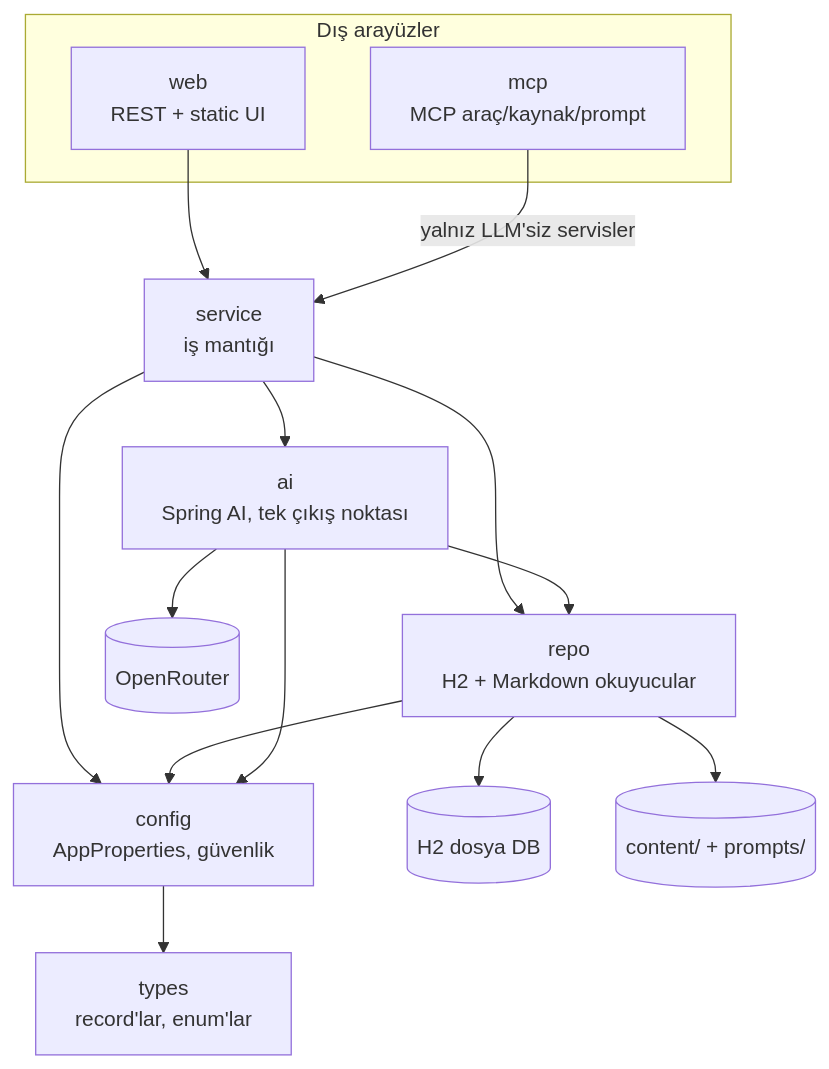
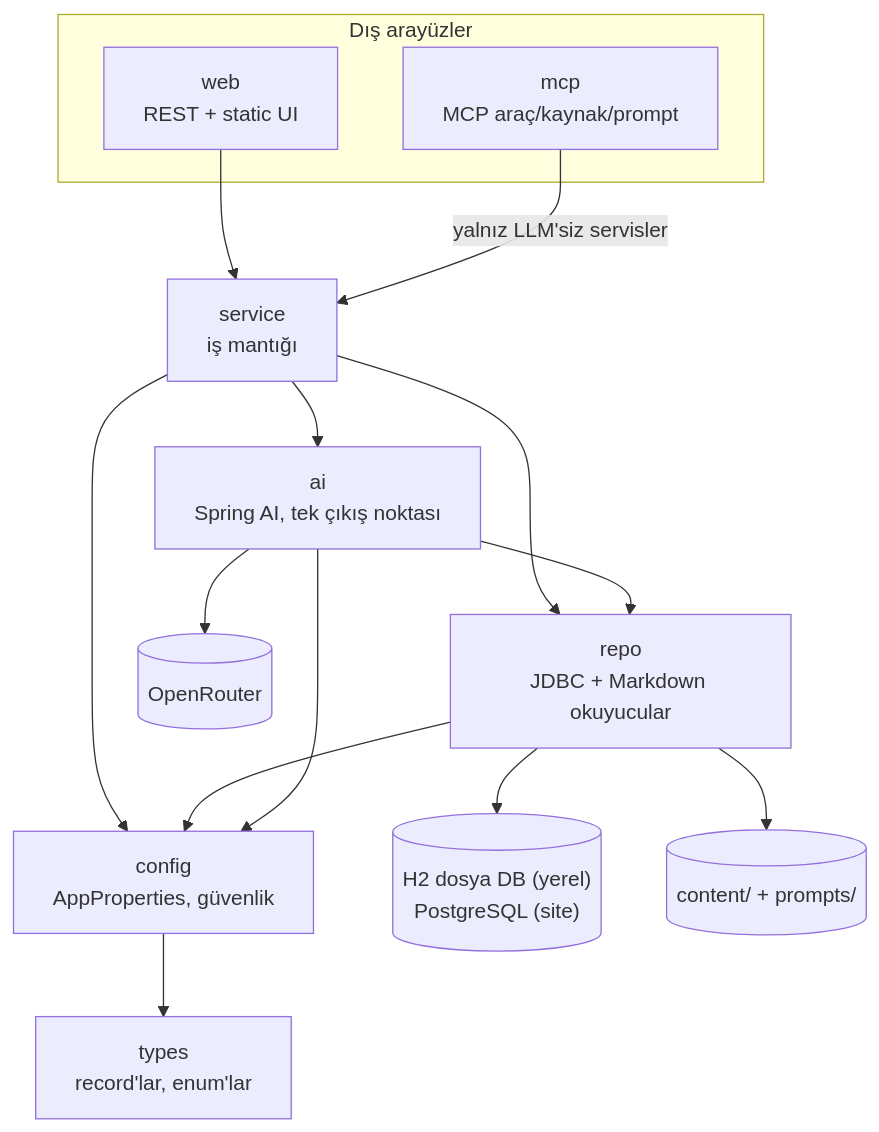
The second of 3 diagrams in README.md (pera-soft/ai-engineering), drawn with Mermaid before and after one commit. The commit also changed other lines of this file and 90 other files, not shown here.

````diff
--- a/README.md
+++ b/README.md
@@ -240,28 +289,28 @@
 ```mermaid
 flowchart TB
     subgraph Disarisi["Dış arayüzler"]
         WEB["web<br/>REST + static UI"]
         MCP["mcp<br/>MCP araç/kaynak/prompt"]
     end
     SVC["service<br/>iş mantığı"]
     AI["ai<br/>Spring AI, tek çıkış noktası"]
-    REPO["repo<br/>H2 + Markdown okuyucular"]
+    REPO["repo<br/>JDBC + Markdown okuyucular"]
     CFG["config<br/>AppProperties, güvenlik"]
     TYP["types<br/>record'lar, enum'lar"]
     OR[("OpenRouter")]
-    DB[("H2 dosya DB")]
+    DB[("H2 dosya DB (yerel)<br/>PostgreSQL (site)")]
     MD[("content/ + prompts/")]
 
     WEB --> SVC
     MCP -->|"yalnız LLM'siz servisler"| SVC
     SVC --> AI
     SVC --> REPO
     AI --> REPO
     AI --> OR
     REPO --> DB
     REPO --> MD
     SVC --> CFG
     REPO --> CFG
     AI --> CFG
     CFG --> TYP
 ```
````
